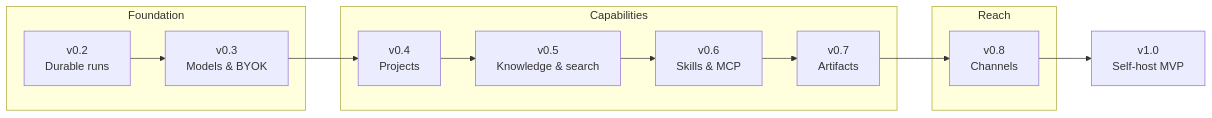
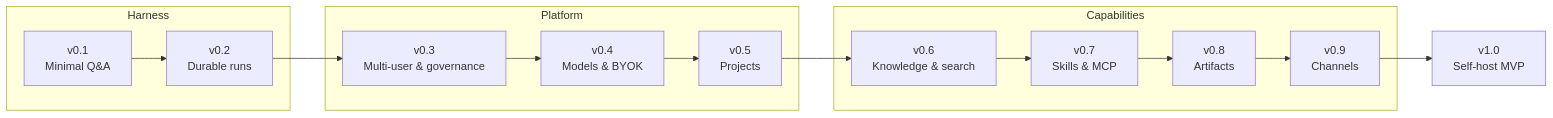
Before and after one commit to leon0399/llame: the diagram in ROADMAP.md, drawn with Mermaid. The commit also changed other lines of this file and 1 other file, not shown here.

First line of the commit message:
docs: re-sequence roadmap to a minimal-Q&A-first harness

````diff
--- a/ROADMAP.md
+++ b/ROADMAP.md
@@ -21,18 +22,20 @@
 ```mermaid
 flowchart LR
-    subgraph Foundation
+    subgraph Harness
+        v01["v0.1<br/>Minimal Q&A"]
         v02["v0.2<br/>Durable runs"]
-        v03["v0.3<br/>Models & BYOK"]
+    end
+    subgraph Platform
+        v03["v0.3<br/>Multi-user & governance"]
+        v04["v0.4<br/>Models & BYOK"]
+        v05["v0.5<br/>Projects"]
     end
     subgraph Capabilities
-        v04["v0.4<br/>Projects"]
-        v05["v0.5<br/>Knowledge & search"]
-        v06["v0.6<br/>Skills & MCP"]
-        v07["v0.7<br/>Artifacts"]
-    end
-    subgraph Reach
-        v08["v0.8<br/>Channels"]
+        v06["v0.6<br/>Knowledge & search"]
+        v07["v0.7<br/>Skills & MCP"]
+        v08["v0.8<br/>Artifacts"]
+        v09["v0.9<br/>Channels"]
     end
     v10["v1.0<br/>Self-host MVP"]
-    v02 --> v03 --> v04 --> v05 --> v06 --> v07 --> v08 --> v10
+    v01 --> v02 --> v03 --> v04 --> v05 --> v06 --> v07 --> v08 --> v09 --> v10
 ```
````
